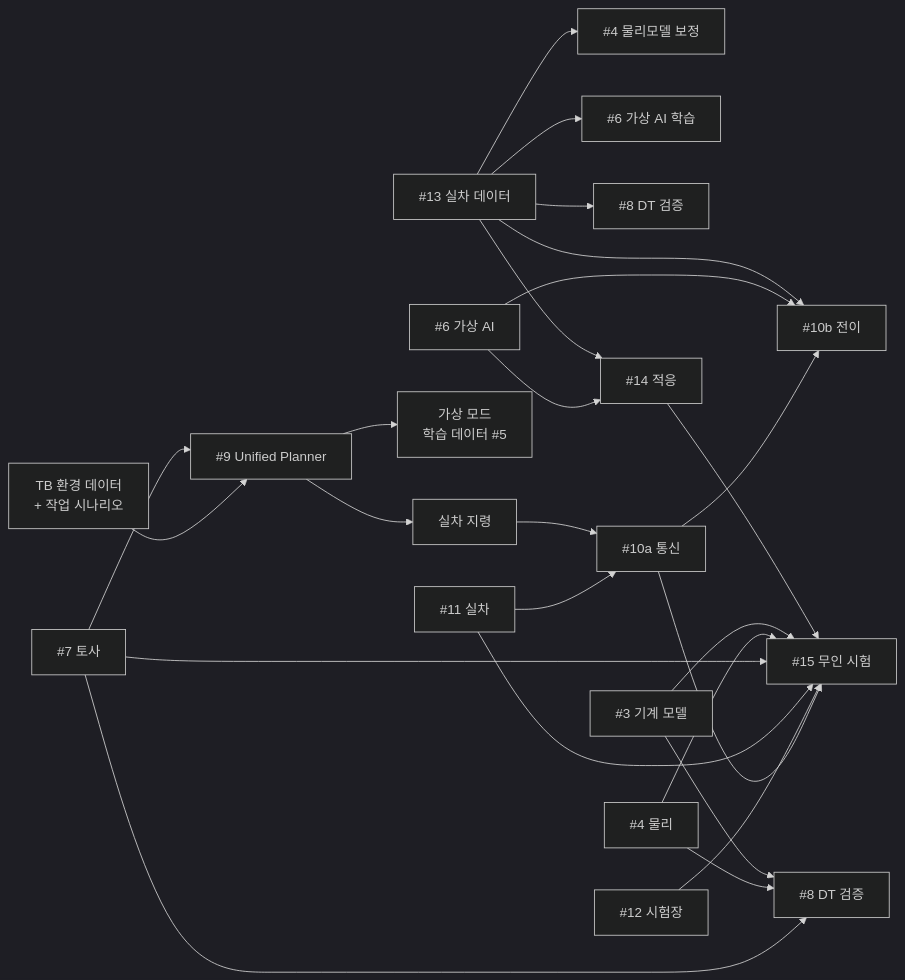
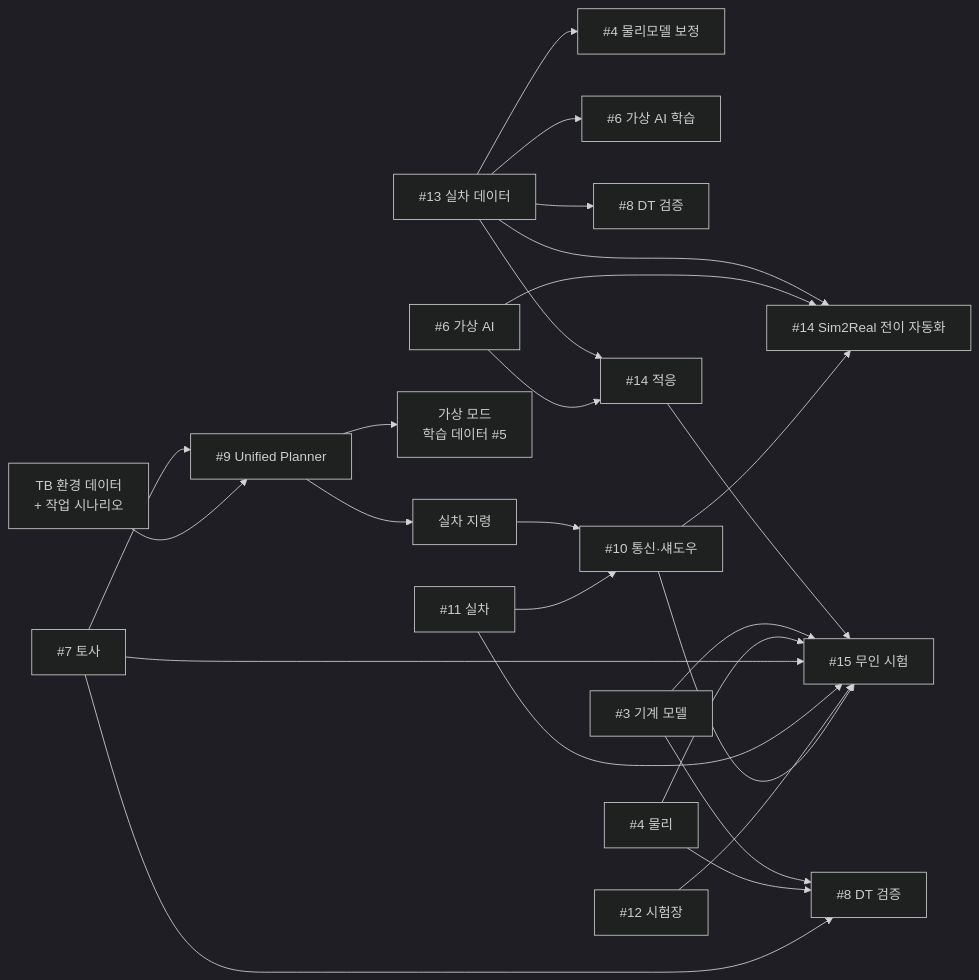
The second of 2 diagrams in 11. DT/사업기획_업무상세화_v1.md (rebirther00/report), drawn with Mermaid (dark theme) before and after one commit. The commit also changed other lines of this file and 4 other files, not shown here.

````diff
--- a/11. DT/사업기획_업무상세화_v1.md
+++ b/11. DT/사업기획_업무상세화_v1.md
@@ -755,32 +746,32 @@
 ```mermaid
 graph LR
     A[#13 실차 데이터] --> B[#4 물리모델 보정]
     A --> C[#6 가상 AI 학습]
     A --> D[#8 DT 검증]
-    A --> E[#10b 전이]
+    A --> E[#14 Sim2Real 전이 자동화]
     A --> F[#14 적응]
 
     G[#6 가상 AI] --> F
     G --> E
 
     H[#3 기계 모델] --> I[#8 DT 검증]
     J[#4 물리] --> I
     K[#7 토사] --> I
     K --> P[#9 Unified Planner]
 
     TB[TB 환경 데이터<br/>+ 작업 시나리오] --> P
     P --> Q1[가상 모드<br/>학습 데이터 #5]
     P --> Q2[실차 지령]
-    Q2 --> O[#10a 통신]
+    Q2 --> O[#10 통신·섀도우]
 
     F --> L[#15 무인 시험]
     H --> L
     J --> L
     K --> L
     M[#11 실차] --> L
     N[#12 시험장] --> L
 
     O --> E
     O --> L
     M --> O
 ```
````
